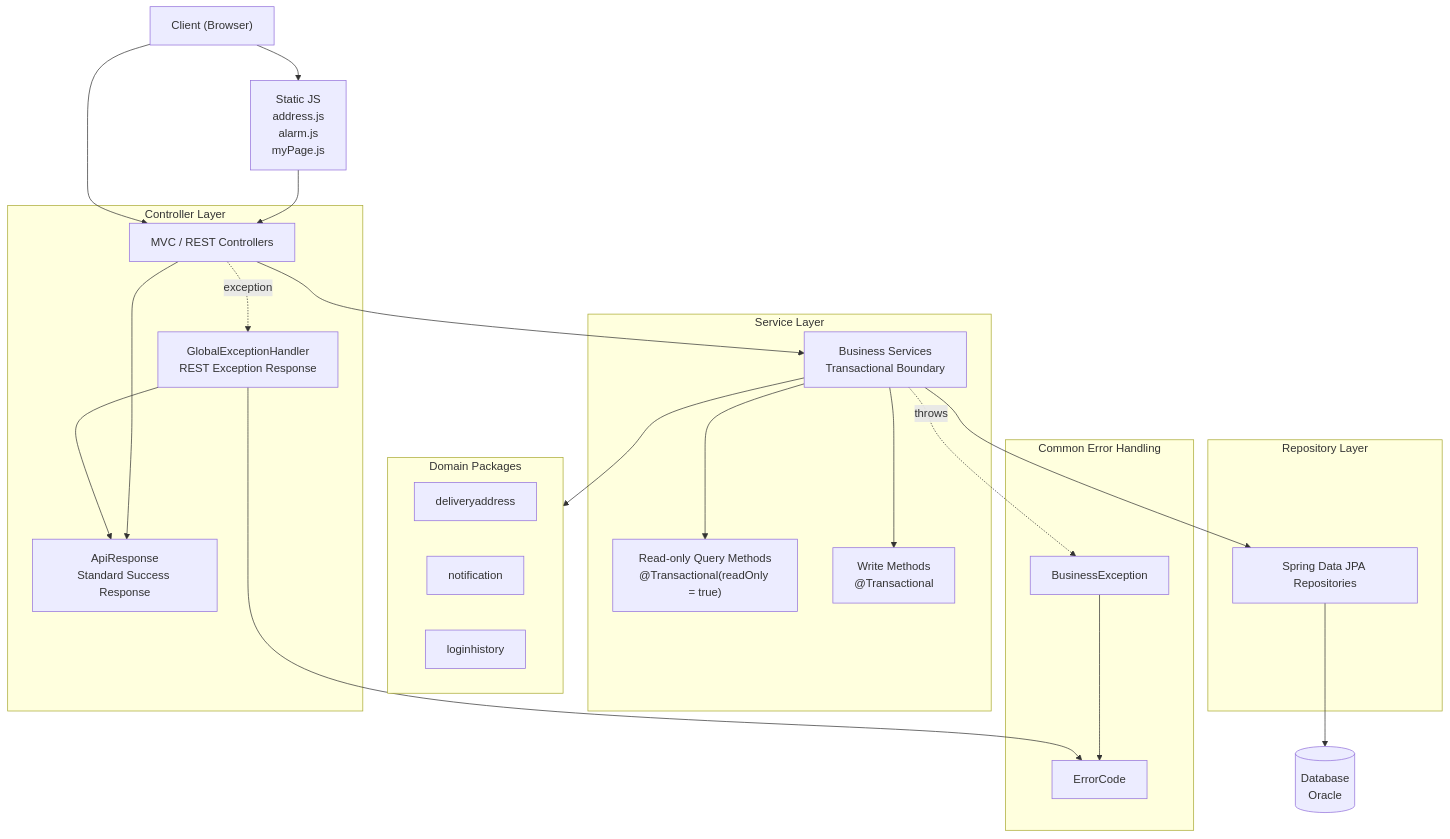
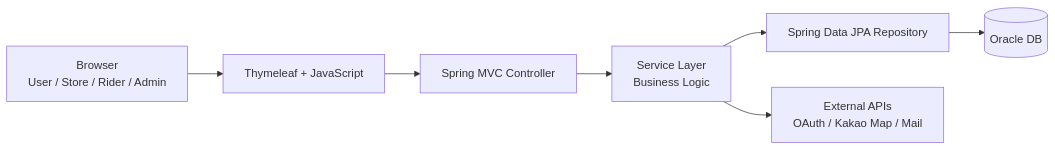
Before and after one commit to SanghyeokLee-KR/DeliveryPro: the diagram in README.md, drawn with Mermaid. The commit also changed other lines of this file and 7 other files, not shown here.

````diff
--- a/README.md
+++ b/README.md
@@ -115,54 +125,17 @@
 ```mermaid
-flowchart TB
-    Client["Client (Browser)"]
-    StaticJS["Static JS<br/>address.js<br/>alarm.js<br/>myPage.js"]
+flowchart LR
+    Client["Browser<br/>User / Store / Rider / Admin"]
+    View["Thymeleaf + JavaScript"]
+    Controller["Spring MVC Controller"]
+    Service["Service Layer<br/>Business Logic"]
+    Repository["Spring Data JPA Repository"]
+    DB[("Oracle DB")]
+    External["External APIs<br/>OAuth / Kakao Map / Mail"]
 
-    subgraph ControllerLayer["Controller Layer"]
-        Controllers["MVC / REST Controllers"]
-        ApiResponse["ApiResponse<br/>Standard Success Response"]
-        GlobalExceptionHandler["GlobalExceptionHandler<br/>REST Exception Response"]
-    end
-
-    subgraph ErrorLayer["Common Error Handling"]
-        BusinessException["BusinessException"]
-        ErrorCode["ErrorCode"]
-    end
-
-    subgraph ServiceLayer["Service Layer"]
-        Services["Business Services<br/>Transactional Boundary"]
-        ReadOnlyTx["Read-only Query Methods<br/>@Transactional(readOnly = true)"]
-        WriteTx["Write Methods<br/>@Transactional"]
-    end
-
-    subgraph DomainPackages["Domain Packages"]
-        DeliveryAddress["deliveryaddress"]
-        Notification["notification"]
-        LoginHistory["loginhistory"]
-    end
-
-    subgraph RepositoryLayer["Repository Layer"]
-        Repositories["Spring Data JPA Repositories"]
-    end
-
-    DB[("Database<br/>Oracle")]
-
-    Client --> StaticJS
-    StaticJS --> Controllers
-    Client --> Controllers
-
-    Controllers --> ApiResponse
-    Controllers --> Services
-    Controllers -. exception .-> GlobalExceptionHandler
-
-    Services --> ReadOnlyTx
-    Services --> WriteTx
-    Services --> DomainPackages
-    Services --> Repositories
-
-    Repositories --> DB
-
-    Services -. throws .-> BusinessException
-    BusinessException --> ErrorCode
-    GlobalExceptionHandler --> ErrorCode
-    GlobalExceptionHandler --> ApiResponse
+    Client --> View
+    View --> Controller
+    Controller --> Service
+    Service --> Repository
+    Repository --> DB
+    Service --> External
 ```
````
